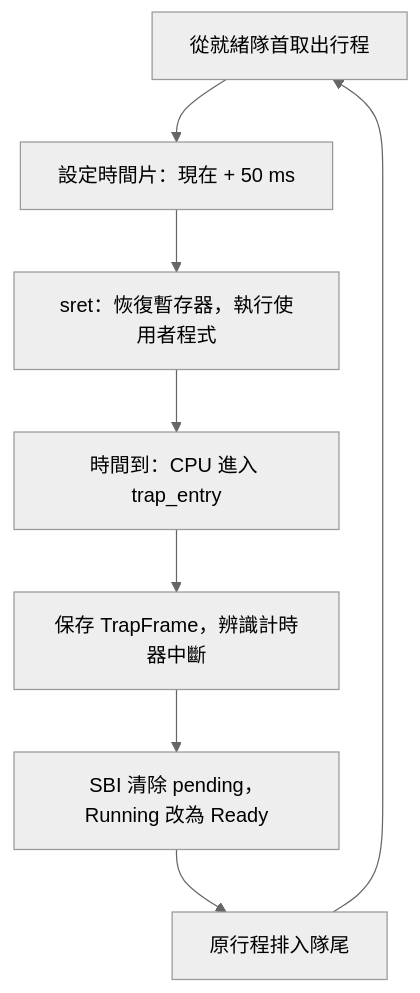
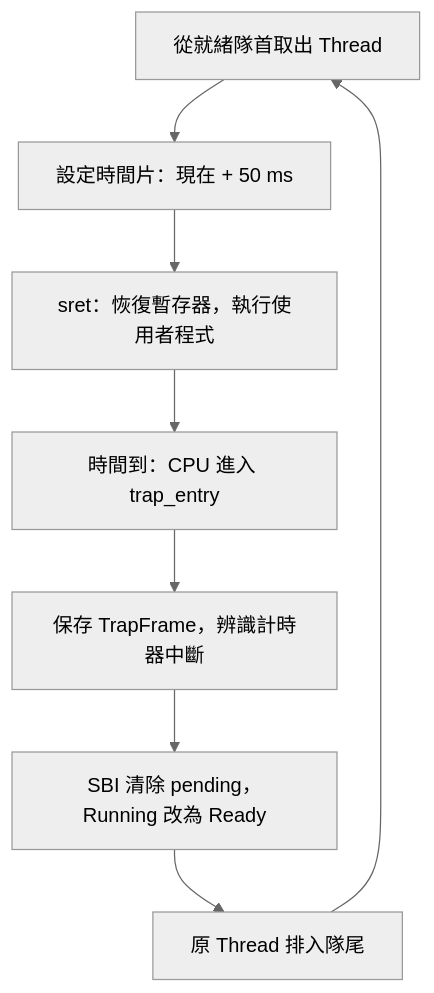
Before and after one commit to johnson931128/WUWAOS: the first of 2 diagrams in docs/topics/scheduling.md, drawn with Mermaid (neutral theme). The commit also changed other lines of this file and 8 other files, not shown here.

````diff
--- a/docs/topics/scheduling.md
+++ b/docs/topics/scheduling.md
@@ -25,10 +25,10 @@
 ```mermaid
 flowchart TD
-  A[從就緒隊首取出行程] --> B[設定時間片：現在 + 50 ms]
+  A[從就緒隊首取出 Thread] --> B[設定時間片：現在 + 50 ms]
   B --> C[sret：恢復暫存器，執行使用者程式]
   C --> D[時間到：CPU 進入 trap_entry]
   D --> E[保存 TrapFrame，辨識計時器中斷]
   E --> F[SBI 清除 pending，Running 改為 Ready]
-  F --> G[原行程排入隊尾]
+  F --> G[原 Thread 排入隊尾]
   G --> A
 ```
````
